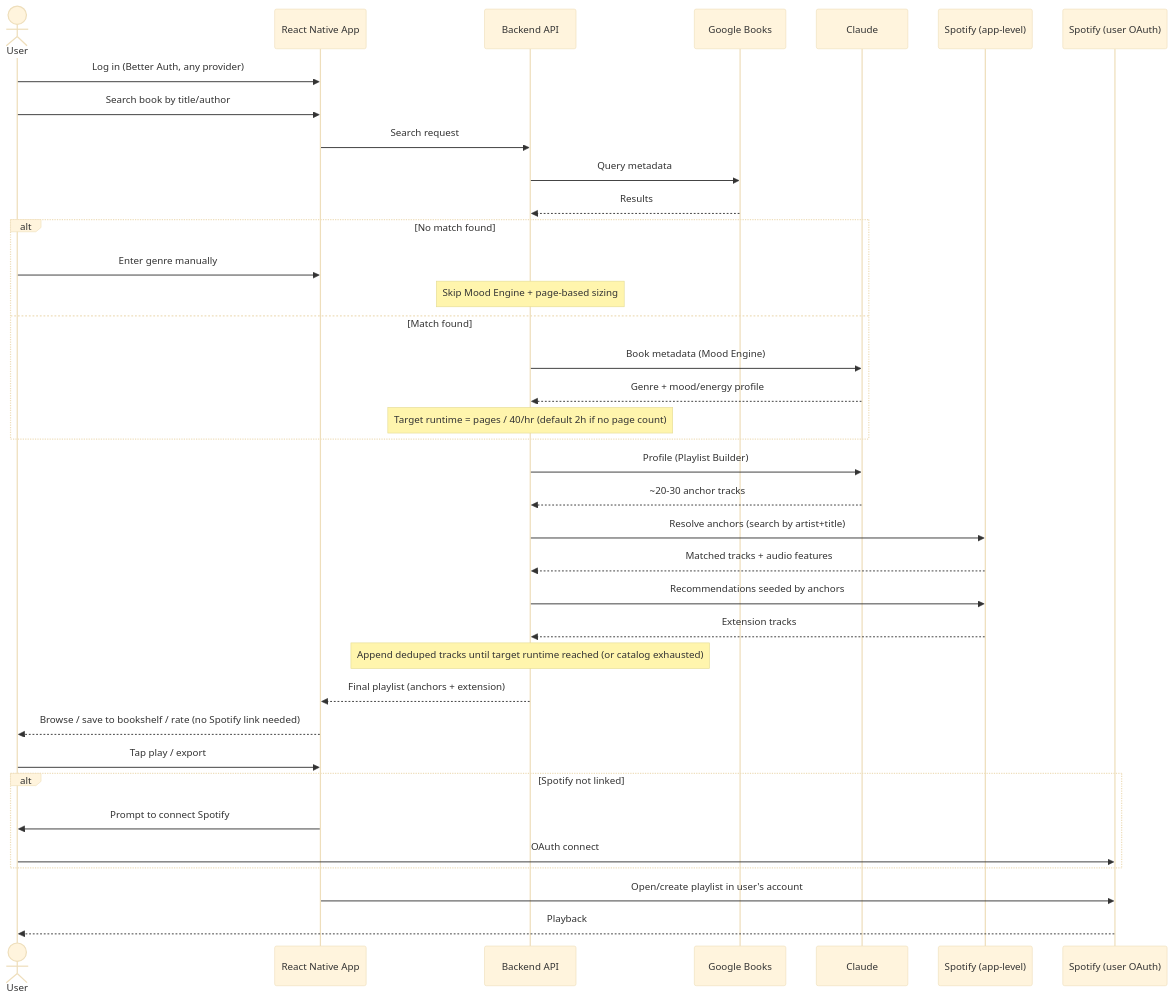
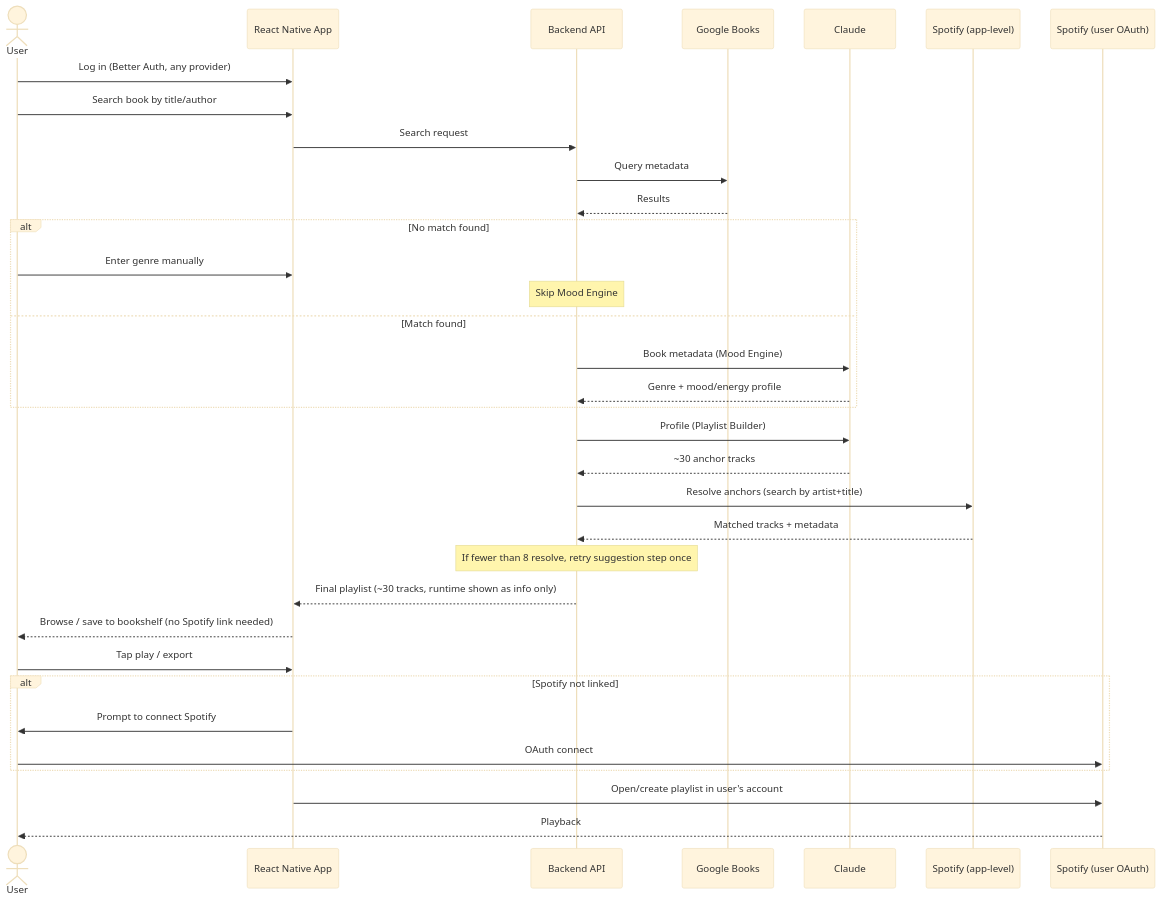
Before and after one commit to creelester/underscore: the diagram in docs/superpowers/specs/2026-07-24-underscore-mvp-design.md, drawn with Mermaid (base theme). The commit also changed other lines of this file and 2 other files, not shown here.

````diff
--- a/docs/superpowers/specs/2026-07-24-underscore-mvp-design.md
+++ b/docs/superpowers/specs/2026-07-24-underscore-mvp-design.md
@@ -57,41 +58,38 @@
 ```mermaid
 sequenceDiagram
     actor U as User
     participant App as React Native App
     participant BE as Backend API
     participant GB as Google Books
     participant C as Claude
     participant SP as Spotify (app-level)
     participant SPu as Spotify (user OAuth)
 
     U->>App: Log in (Better Auth, any provider)
     U->>App: Search book by title/author
     App->>BE: Search request
     BE->>GB: Query metadata
     GB-->>BE: Results
     alt No match found
         U->>App: Enter genre manually
-        Note over BE: Skip Mood Engine + page-based sizing
+        Note over BE: Skip Mood Engine
     else Match found
         BE->>C: Book metadata (Mood Engine)
         C-->>BE: Genre + mood/energy profile
-        Note over BE: Target runtime = pages / 40/hr (default 2h if no page count)
     end
     BE->>C: Profile (Playlist Builder)
-    C-->>BE: ~20-30 anchor tracks
+    C-->>BE: ~30 anchor tracks
     BE->>SP: Resolve anchors (search by artist+title)
-    SP-->>BE: Matched tracks + audio features
-    BE->>SP: Recommendations seeded by anchors
-    SP-->>BE: Extension tracks
-    Note over BE: Append deduped tracks until target runtime reached (or catalog exhausted)
-    BE-->>App: Final playlist (anchors + extension)
-    App-->>U: Browse / save to bookshelf / rate (no Spotify link needed)
+    SP-->>BE: Matched tracks + metadata
+    Note over BE: If fewer than 8 resolve, retry suggestion step once
+    BE-->>App: Final playlist (~30 tracks, runtime shown as info only)
+    App-->>U: Browse / save to bookshelf (no Spotify link needed)
 
     U->>App: Tap play / export
     alt Spotify not linked
         App->>U: Prompt to connect Spotify
         U->>SPu: OAuth connect
     end
     App->>SPu: Open/create playlist in user's account
     SPu-->>U: Playback
 ```
````
